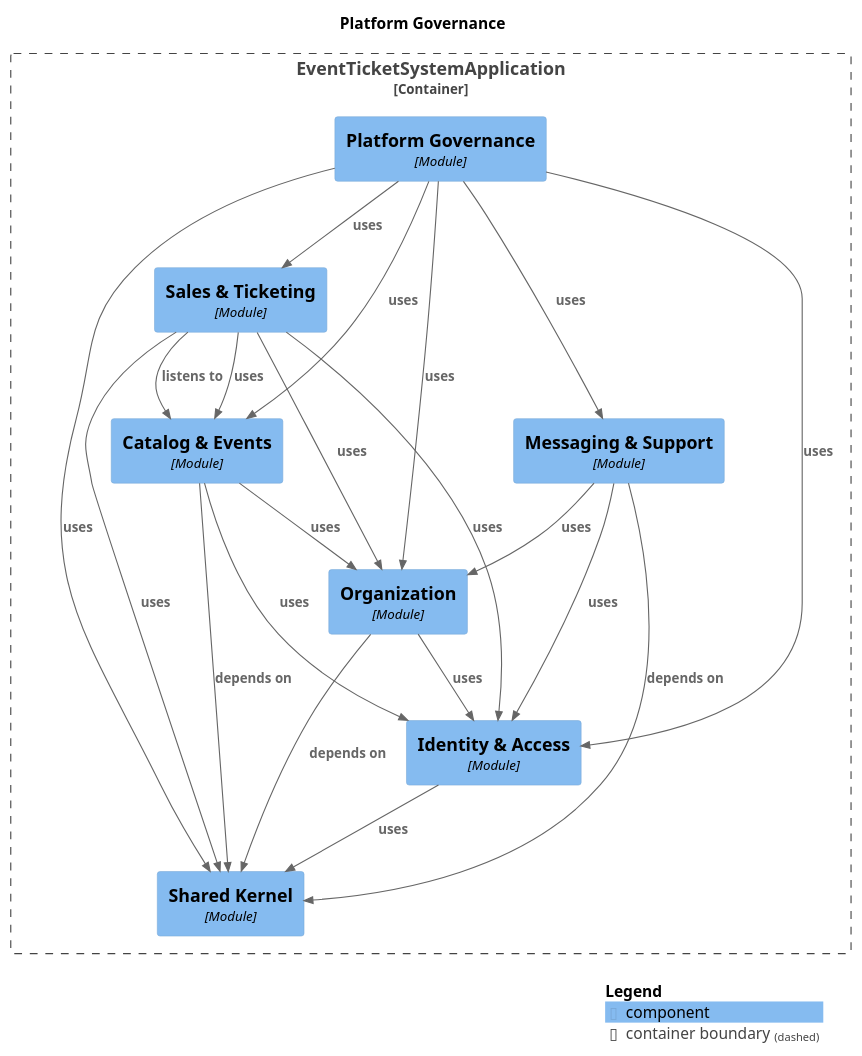
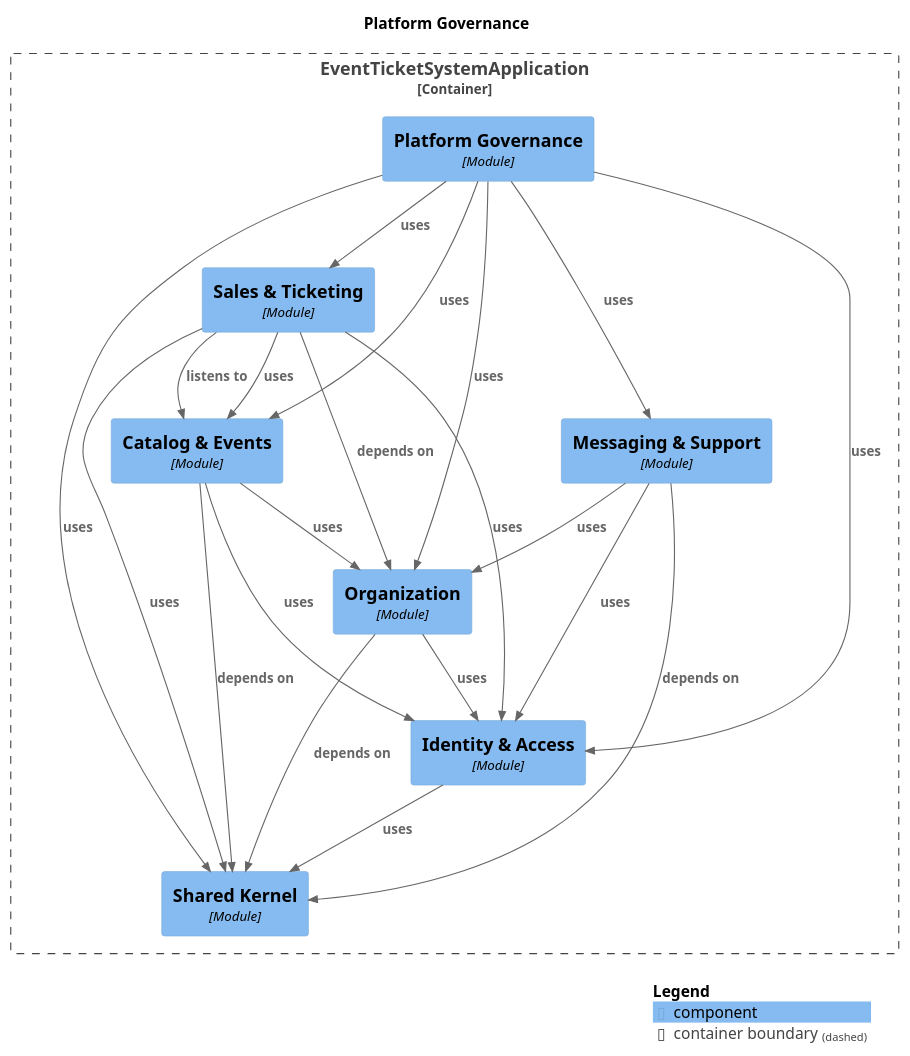
Before and after one commit to NaimElijah/Ticketeer: the diagram in docs/architecture/module-governance.puml, drawn with PlantUML. The commit also changed 16 other files, not shown here.

First line of the commit message:
docs(architecture): refresh the Modulith snapshot

```diff
--- a/docs/architecture/module-governance.puml
+++ b/docs/architecture/module-governance.puml
@@ -1,43 +1,43 @@
 @startuml
 set separator none
 title Platform Governance
 
 top to bottom direction
 
 !include <C4/C4>
 !include <C4/C4_Context>
 !include <C4/C4_Component>
 
 Container_Boundary("EventTicketSystemApplication.EventTicketSystemApplication_boundary", "EventTicketSystemApplication", $tags="") {
   Component(EventTicketSystemApplication.EventTicketSystemApplication.PlatformGovernance, "Platform Governance", $techn="Module", $descr="", $tags="", $link="")
   Component(EventTicketSystemApplication.EventTicketSystemApplication.SharedKernel, "Shared Kernel", $techn="Module", $descr="", $tags="", $link="")
   Component(EventTicketSystemApplication.EventTicketSystemApplication.IdentityAccess, "Identity & Access", $techn="Module", $descr="", $tags="", $link="")
   Component(EventTicketSystemApplication.EventTicketSystemApplication.Organization, "Organization", $techn="Module", $descr="", $tags="", $link="")
   Component(EventTicketSystemApplication.EventTicketSystemApplication.CatalogEvents, "Catalog & Events", $techn="Module", $descr="", $tags="", $link="")
   Component(EventTicketSystemApplication.EventTicketSystemApplication.MessagingSupport, "Messaging & Support", $techn="Module", $descr="", $tags="", $link="")
   Component(EventTicketSystemApplication.EventTicketSystemApplication.SalesTicketing, "Sales & Ticketing", $techn="Module", $descr="", $tags="", $link="")
 }
 
-Rel(EventTicketSystemApplication.EventTicketSystemApplication.CatalogEvents, EventTicketSystemApplication.EventTicketSystemApplication.SharedKernel, "depends on", $techn="", $tags="", $link="")
-Rel(EventTicketSystemApplication.EventTicketSystemApplication.CatalogEvents, EventTicketSystemApplication.EventTicketSystemApplication.IdentityAccess, "uses", $techn="", $tags="", $link="")
-Rel(EventTicketSystemApplication.EventTicketSystemApplication.CatalogEvents, EventTicketSystemApplication.EventTicketSystemApplication.Organization, "uses", $techn="", $tags="", $link="")
+Rel(EventTicketSystemApplication.EventTicketSystemApplication.SalesTicketing, EventTicketSystemApplication.EventTicketSystemApplication.IdentityAccess, "uses", $techn="", $tags="", $link="")
 Rel(EventTicketSystemApplication.EventTicketSystemApplication.PlatformGovernance, EventTicketSystemApplication.EventTicketSystemApplication.IdentityAccess, "uses", $techn="", $tags="", $link="")
 Rel(EventTicketSystemApplication.EventTicketSystemApplication.PlatformGovernance, EventTicketSystemApplication.EventTicketSystemApplication.SalesTicketing, "uses", $techn="", $tags="", $link="")
 Rel(EventTicketSystemApplication.EventTicketSystemApplication.PlatformGovernance, EventTicketSystemApplication.EventTicketSystemApplication.CatalogEvents, "uses", $techn="", $tags="", $link="")
 Rel(EventTicketSystemApplication.EventTicketSystemApplication.PlatformGovernance, EventTicketSystemApplication.EventTicketSystemApplication.Organization, "uses", $techn="", $tags="", $link="")
 Rel(EventTicketSystemApplication.EventTicketSystemApplication.PlatformGovernance, EventTicketSystemApplication.EventTicketSystemApplication.SharedKernel, "uses", $techn="", $tags="", $link="")
 Rel(EventTicketSystemApplication.EventTicketSystemApplication.PlatformGovernance, EventTicketSystemApplication.EventTicketSystemApplication.MessagingSupport, "uses", $techn="", $tags="", $link="")
+Rel(EventTicketSystemApplication.EventTicketSystemApplication.Organization, EventTicketSystemApplication.EventTicketSystemApplication.SharedKernel, "depends on", $techn="", $tags="", $link="")
+Rel(EventTicketSystemApplication.EventTicketSystemApplication.Organization, EventTicketSystemApplication.EventTicketSystemApplication.IdentityAccess, "uses", $techn="", $tags="", $link="")
 Rel(EventTicketSystemApplication.EventTicketSystemApplication.MessagingSupport, EventTicketSystemApplication.EventTicketSystemApplication.SharedKernel, "depends on", $techn="", $tags="", $link="")
 Rel(EventTicketSystemApplication.EventTicketSystemApplication.MessagingSupport, EventTicketSystemApplication.EventTicketSystemApplication.IdentityAccess, "uses", $techn="", $tags="", $link="")
 Rel(EventTicketSystemApplication.EventTicketSystemApplication.MessagingSupport, EventTicketSystemApplication.EventTicketSystemApplication.Organization, "uses", $techn="", $tags="", $link="")
+Rel(EventTicketSystemApplication.EventTicketSystemApplication.CatalogEvents, EventTicketSystemApplication.EventTicketSystemApplication.SharedKernel, "depends on", $techn="", $tags="", $link="")
+Rel(EventTicketSystemApplication.EventTicketSystemApplication.CatalogEvents, EventTicketSystemApplication.EventTicketSystemApplication.IdentityAccess, "uses", $techn="", $tags="", $link="")
+Rel(EventTicketSystemApplication.EventTicketSystemApplication.CatalogEvents, EventTicketSystemApplication.EventTicketSystemApplication.Organization, "uses", $techn="", $tags="", $link="")
+Rel(EventTicketSystemApplication.EventTicketSystemApplication.IdentityAccess, EventTicketSystemApplication.EventTicketSystemApplication.SharedKernel, "uses", $techn="", $tags="", $link="")
 Rel(EventTicketSystemApplication.EventTicketSystemApplication.SalesTicketing, EventTicketSystemApplication.EventTicketSystemApplication.CatalogEvents, "listens to", $techn="", $tags="", $link="")
+Rel(EventTicketSystemApplication.EventTicketSystemApplication.SalesTicketing, EventTicketSystemApplication.EventTicketSystemApplication.Organization, "depends on", $techn="", $tags="", $link="")
 Rel(EventTicketSystemApplication.EventTicketSystemApplication.SalesTicketing, EventTicketSystemApplication.EventTicketSystemApplication.SharedKernel, "uses", $techn="", $tags="", $link="")
 Rel(EventTicketSystemApplication.EventTicketSystemApplication.SalesTicketing, EventTicketSystemApplication.EventTicketSystemApplication.CatalogEvents, "uses", $techn="", $tags="", $link="")
-Rel(EventTicketSystemApplication.EventTicketSystemApplication.SalesTicketing, EventTicketSystemApplication.EventTicketSystemApplication.IdentityAccess, "uses", $techn="", $tags="", $link="")
-Rel(EventTicketSystemApplication.EventTicketSystemApplication.SalesTicketing, EventTicketSystemApplication.EventTicketSystemApplication.Organization, "uses", $techn="", $tags="", $link="")
-Rel(EventTicketSystemApplication.EventTicketSystemApplication.IdentityAccess, EventTicketSystemApplication.EventTicketSystemApplication.SharedKernel, "uses", $techn="", $tags="", $link="")
-Rel(EventTicketSystemApplication.EventTicketSystemApplication.Organization, EventTicketSystemApplication.EventTicketSystemApplication.SharedKernel, "depends on", $techn="", $tags="", $link="")
-Rel(EventTicketSystemApplication.EventTicketSystemApplication.Organization, EventTicketSystemApplication.EventTicketSystemApplication.IdentityAccess, "uses", $techn="", $tags="", $link="")
 
 SHOW_LEGEND(true)
 @enduml
```
